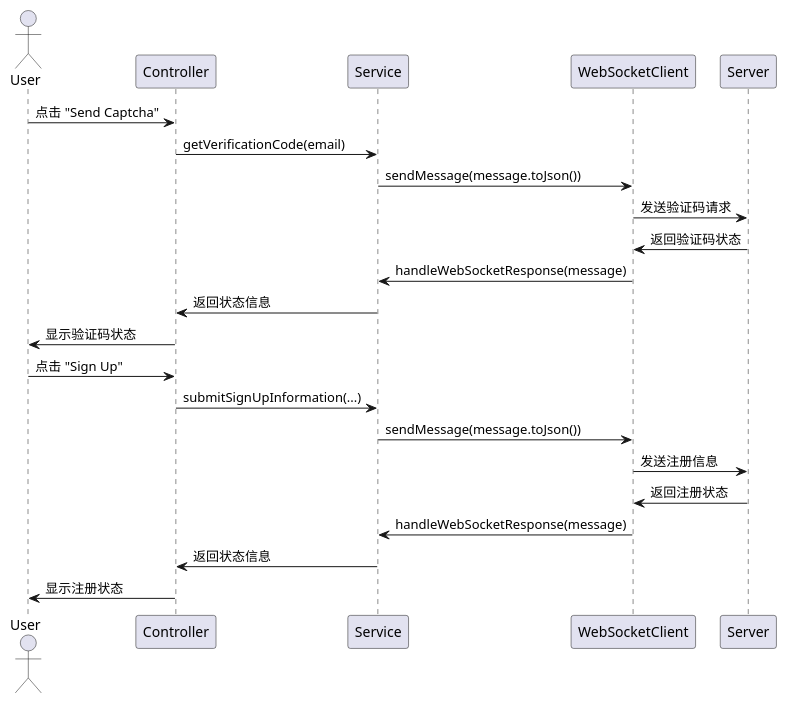
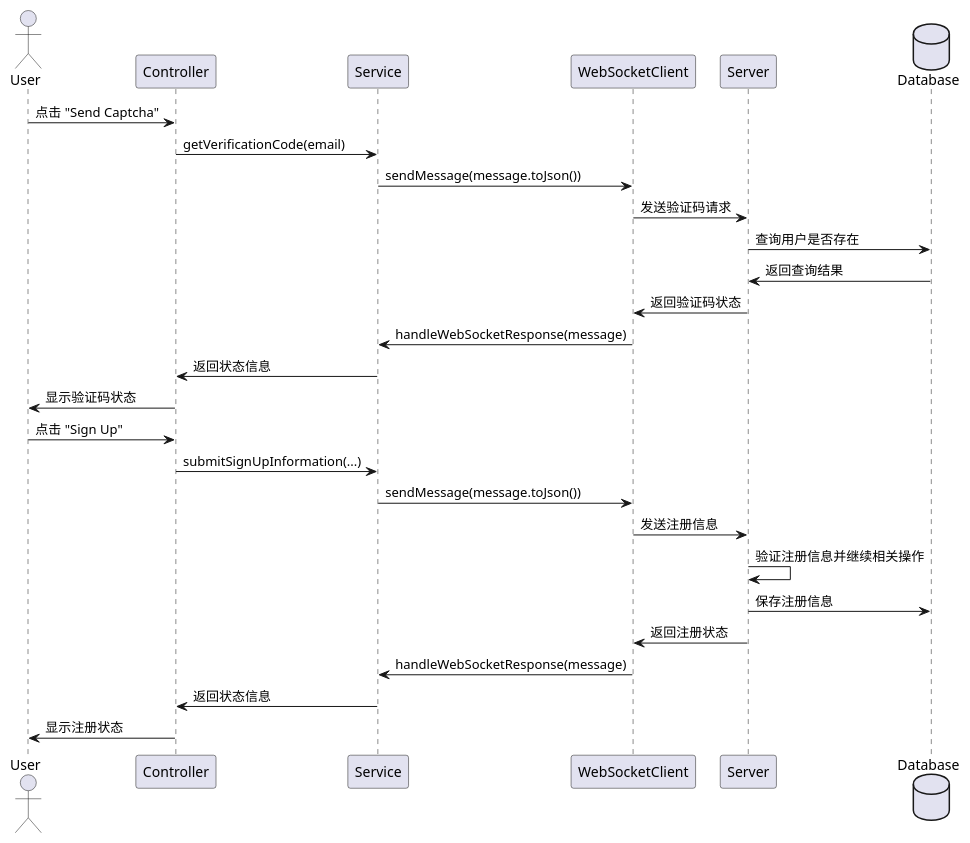
Before and after one commit to 0X5A0X480X52/my_qq_client: the diagram in doc/邮箱验证信息流程/邮箱验证信息流程图.puml, drawn with PlantUML. The commit also changed 95 other files, not shown here.

```diff
--- a/doc/邮箱验证信息流程/邮箱验证信息流程图.puml
+++ b/doc/邮箱验证信息流程/邮箱验证信息流程图.puml
@@ -1,27 +1,34 @@
 @startuml 邮箱验证消息流程图
 actor User
 participant Controller
 participant Service
 participant WebSocketClient
 participant Server
+database Database
 
 User -> Controller: 点击 "Send Captcha"
 Controller -> Service: getVerificationCode(email)
 Service -> WebSocketClient: sendMessage(message.toJson())
 WebSocketClient -> Server: 发送验证码请求
+
+Server -> Database: 查询用户是否存在
+Database -> Server: 返回查询结果
 
 Server -> WebSocketClient: 返回验证码状态
 WebSocketClient -> Service: handleWebSocketResponse(message)
 Service -> Controller: 返回状态信息
 Controller -> User: 显示验证码状态
 
 User -> Controller: 点击 "Sign Up"
 Controller -> Service: submitSignUpInformation(...)
 Service -> WebSocketClient: sendMessage(message.toJson())
 WebSocketClient -> Server: 发送注册信息
 
+Server -> Server: 验证注册信息并继续相关操作
+Server -> Database: 保存注册信息
+
 Server -> WebSocketClient: 返回注册状态
 WebSocketClient -> Service: handleWebSocketResponse(message)
 Service -> Controller: 返回状态信息
 Controller -> User: 显示注册状态
 @enduml
```
